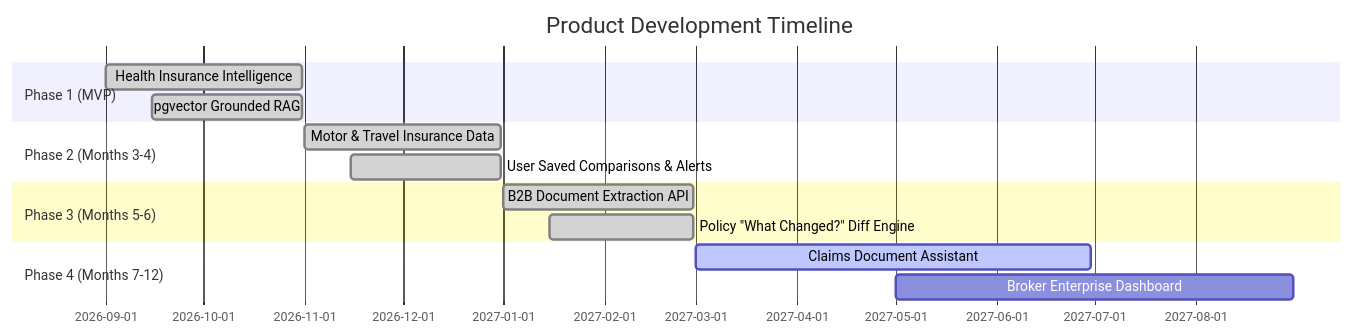
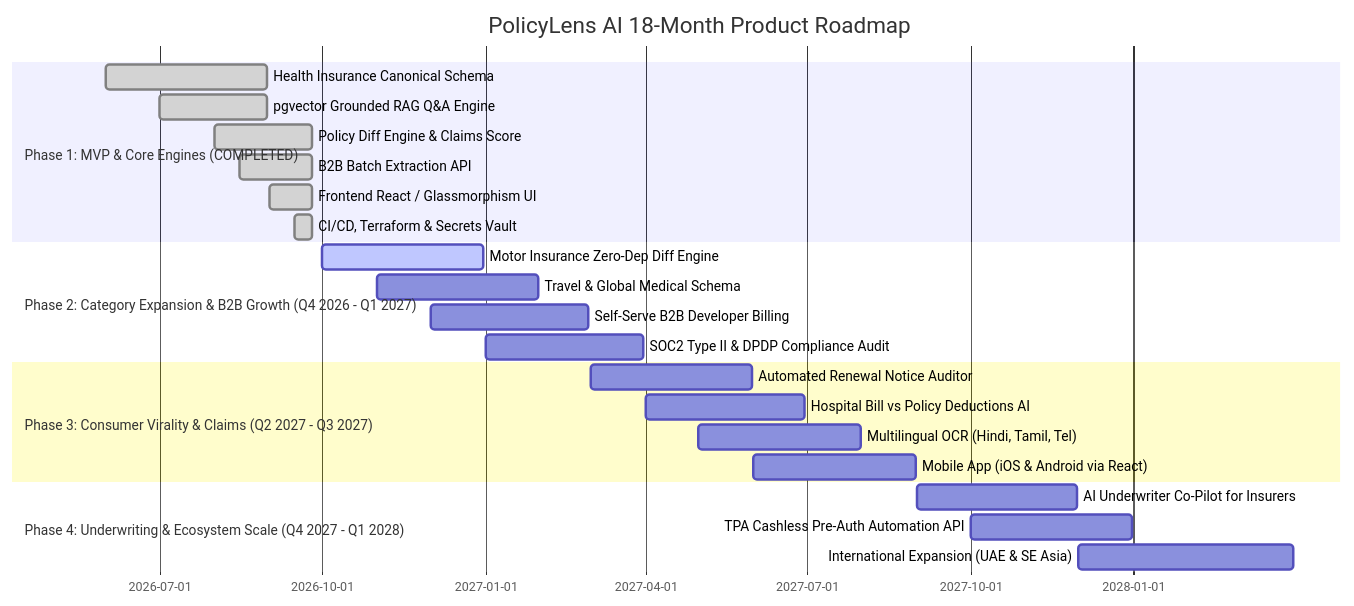
Before and after one commit to ktilak12/AI_insurance_platform: the second of 2 diagrams in docs/PITCH_DECK_AND_ROADMAP.md, drawn with Mermaid. The commit also changed other lines of this file and 3 other files, not shown here.

````diff
--- a/docs/PITCH_DECK_AND_ROADMAP.md
+++ b/docs/PITCH_DECK_AND_ROADMAP.md
@@ -20,17 +143,29 @@
 ```mermaid
 gantt
-    title Product Development Timeline
+    title PolicyLens AI 18-Month Product Roadmap
     dateFormat  YYYY-MM-DD
-    section Phase 1 (MVP)
-    Health Insurance Intelligence :done, 2026-09-01, 2026-10-31
-    pgvector Grounded RAG         :done, 2026-09-15, 2026-10-31
-    section Phase 2 (Months 3-4)
-    Motor & Travel Insurance Data :done, 2026-11-01, 2026-12-31
-    User Saved Comparisons & Alerts:done, 2026-11-15, 2026-12-31
-    section Phase 3 (Months 5-6)
-    B2B Document Extraction API   :done, 2027-01-01, 2027-02-28
-    Policy "What Changed?" Diff Engine :done, 2027-01-15, 2027-02-28
-    section Phase 4 (Months 7-12)
-    Claims Document Assistant     :active, 2027-03-01, 2027-06-30
-    Broker Enterprise Dashboard   : 2027-05-01, 2027-08-31
+    section Phase 1: MVP & Core Engines (COMPLETED)
+    Health Insurance Canonical Schema :done, 2026-06-01, 2026-08-31
+    pgvector Grounded RAG Q&A Engine  :done, 2026-07-01, 2026-08-31
+    Policy Diff Engine & Claims Score  :done, 2026-08-01, 2026-09-25
+    B2B Batch Extraction API           :done, 2026-08-15, 2026-09-25
+    Frontend React / Glassmorphism UI  :done, 2026-09-01, 2026-09-25
+    CI/CD, Terraform & Secrets Vault   :done, 2026-09-15, 2026-09-25
+    
+    section Phase 2: Category Expansion & B2B Growth (Q4 2026 - Q1 2027)
+    Motor Insurance Zero-Dep Diff Engine :active, 2026-10-01, 2026-12-31
+    Travel & Global Medical Schema       : 2026-11-01, 2027-01-31
+    Self-Serve B2B Developer Billing     : 2026-12-01, 2027-02-28
+    SOC2 Type II & DPDP Compliance Audit : 2027-01-01, 2027-03-31
+    
+    section Phase 3: Consumer Virality & Claims (Q2 2027 - Q3 2027)
+    Automated Renewal Notice Auditor     : 2027-03-01, 2027-05-31
+    Hospital Bill vs Policy Deductions AI: 2027-04-01, 2027-06-30
+    Multilingual OCR (Hindi, Tamil, Tel) : 2027-05-01, 2027-07-31
+    Mobile App (iOS & Android via React) : 2027-06-01, 2027-08-31
+    
+    section Phase 4: Underwriting & Ecosystem Scale (Q4 2027 - Q1 2028)
+    AI Underwriter Co-Pilot for Insurers : 2027-09-01, 2027-11-30
+    TPA Cashless Pre-Auth Automation API : 2027-10-01, 2027-12-31
+    International Expansion (UAE & SE Asia): 2027-12-01, 2028-03-31
 ```
````
